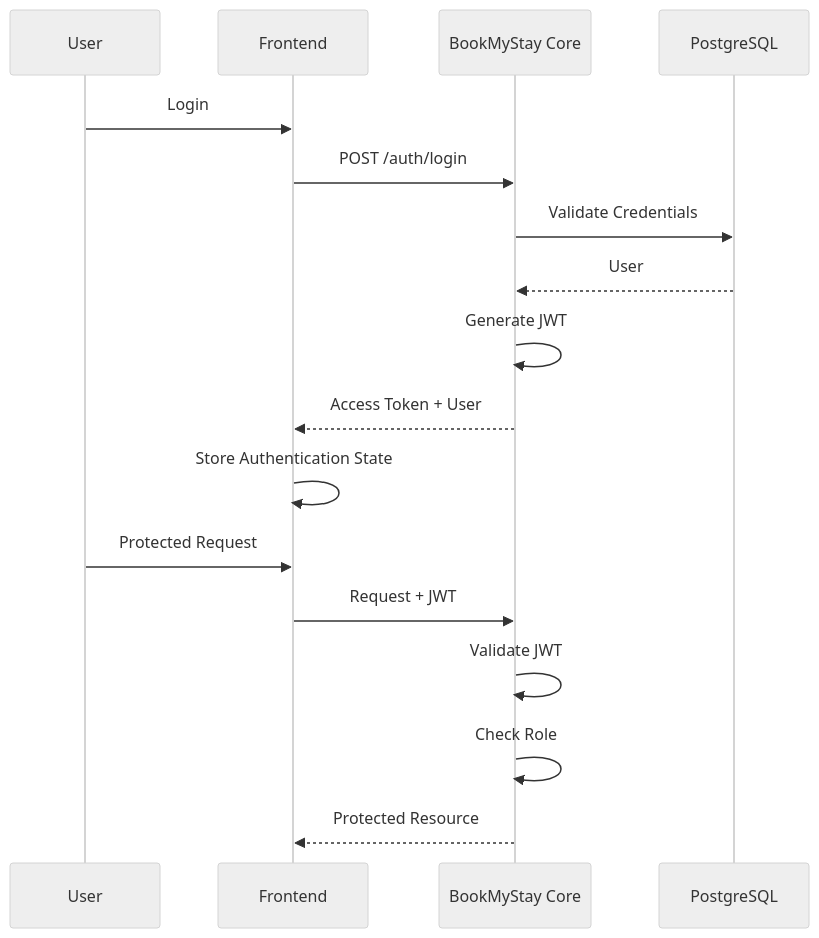
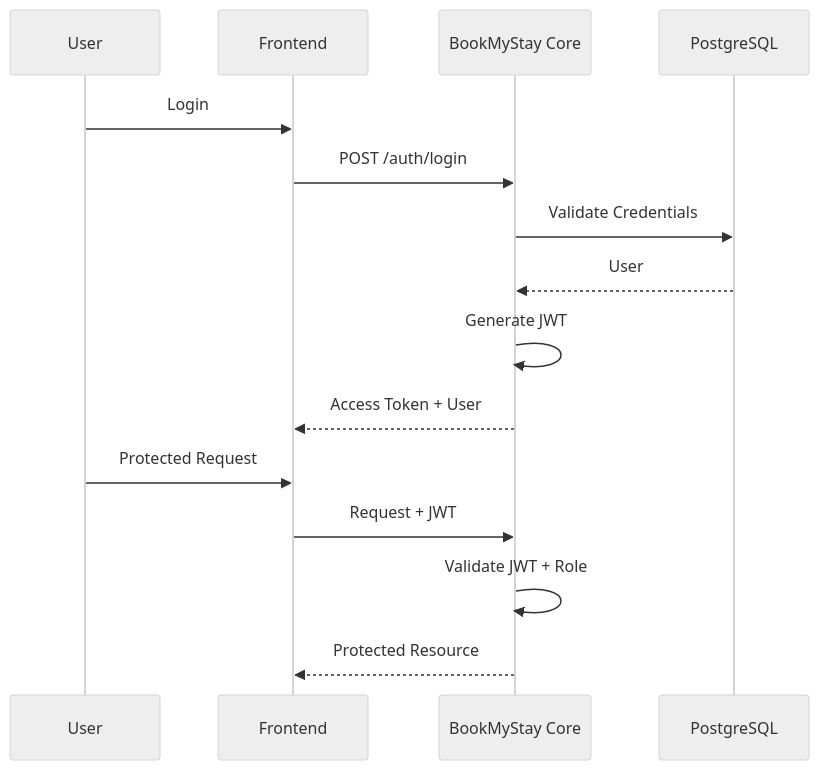
The sixth of 11 diagrams in README.md (gittarsem/BookMyStay), drawn with Mermaid (neutral theme) before and after one commit. The commit also changed other lines of this file, not shown here.

````diff
--- a/README.md
+++ b/README.md
@@ -167,22 +432,18 @@
 ```mermaid
 sequenceDiagram
-
     participant U as User
     participant F as Frontend
     participant B as BookMyStay Core
     participant DB as PostgreSQL
 
     U->>F: Login
     F->>B: POST /auth/login
     B->>DB: Validate Credentials
     DB-->>B: User
     B->>B: Generate JWT
     B-->>F: Access Token + User
-    F->>F: Store Authentication State
-
     U->>F: Protected Request
     F->>B: Request + JWT
-    B->>B: Validate JWT
-    B->>B: Check Role
+    B->>B: Validate JWT + Role
     B-->>F: Protected Resource
 ```
````
